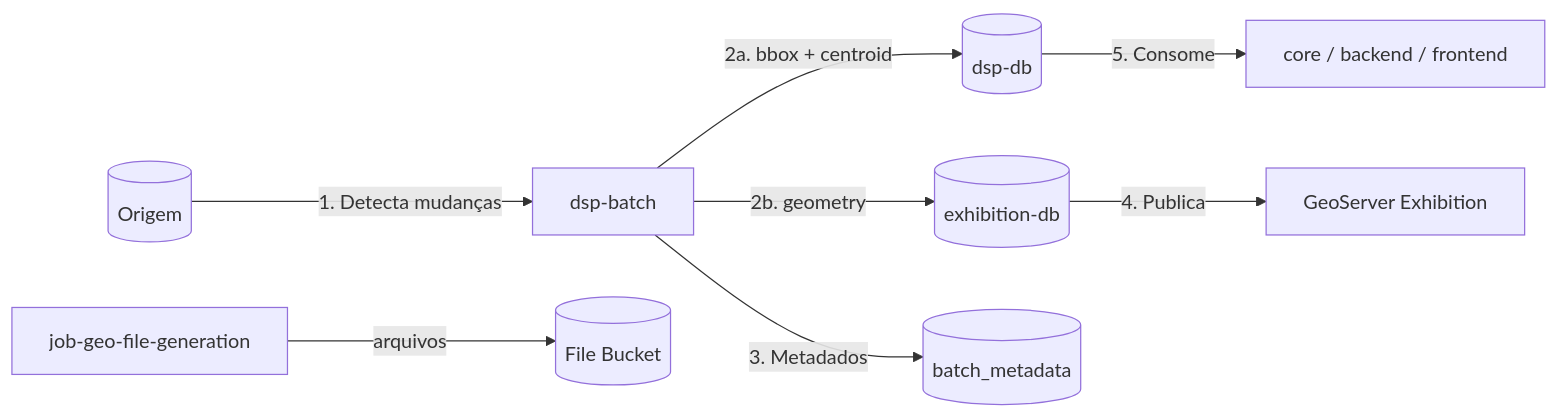
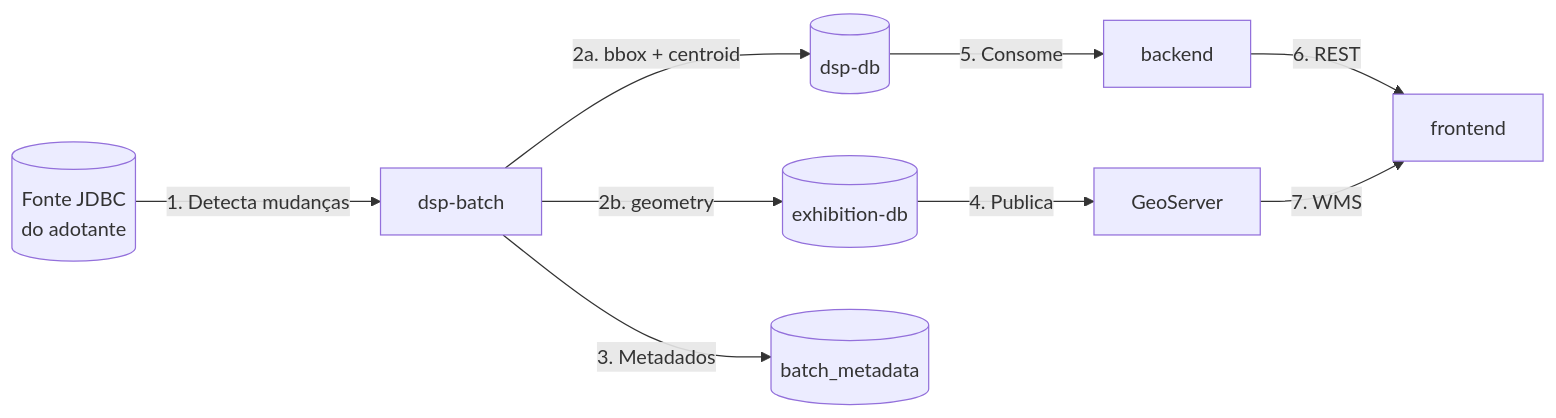
One commit to kleber-albino/rer-dsp-docs changed the fourth of 4 diagrams in docs/architecture/overview.md. Above: the diagram before and after it, drawn with Mermaid. The commit also changed other lines of this file and 23 other files, not shown here.

````diff
--- a/docs/architecture/overview.md
+++ b/docs/architecture/overview.md
@@ -171,10 +145,11 @@
 ```mermaid
 flowchart LR
-  A[(Origem)] -->|1. Detecta mudanças| B[dsp-batch]
+  A[(Fonte JDBC<br/>do adotante)] -->|1. Detecta mudanças| B[dsp-batch]
   B -->|2a. bbox + centroid| C[(dsp-db)]
   B -->|2b. geometry| E[(exhibition-db)]
   B -->|3. Metadados| D[(batch_metadata)]
-  E -->|4. Publica| G[GeoServer Exhibition]
-  C -->|5. Consome| F[core / backend / frontend]
-  H[job-geo-file-generation]-->|arquivos| I[(File Bucket)] 
+  E -->|4. Publica| G[GeoServer]
+  C -->|5. Consome| F[backend]
+  F -->|6. REST| H[frontend]
+  G -->|7. WMS| H
 ```
````
